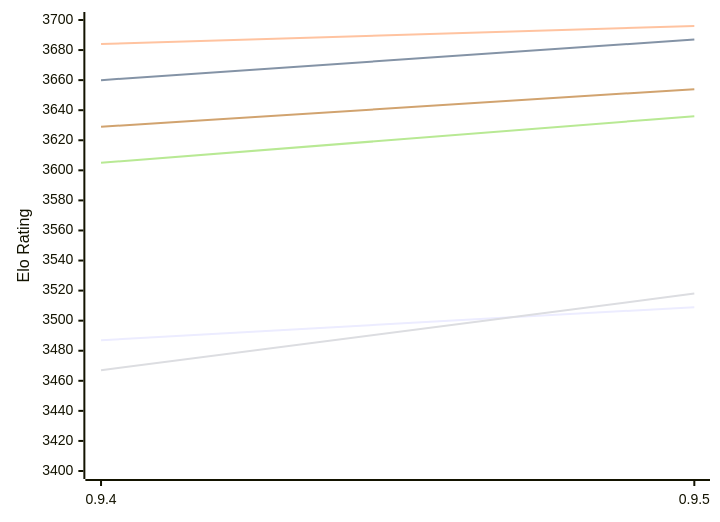
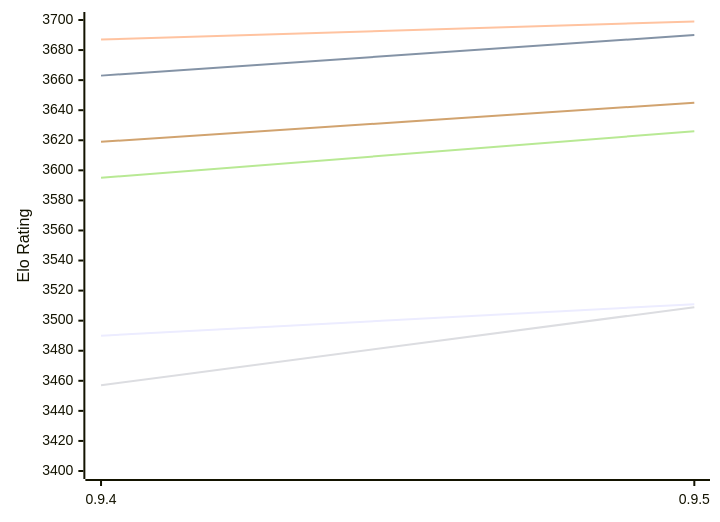
The first of 2 diagrams in engines/Coda.md (computer-chess-index/cci), drawn with Mermaid before and after one commit. The commit also changed other lines of this file, not shown here.

Commit message:
Update CCI Ratings (ELO VLTC) - 2026-11-15

````diff
--- a/engines/Coda.md
+++ b/engines/Coda.md
@@ -52,12 +52,12 @@
 ```mermaid
 %%{init: {"theme":"base","themeVariables":{"seriesColors:['#a3a3a3','#222221','#faa371']}}}%%
 xychart-beta
   x-axis ["0.9.4", "0.9.5"]
   y-axis "Elo Rating" 3400 --> 3700
-  line "E1: STC (8.0+0.08s)" [3487, 3509]
-  line "E1: LTC (60.0+0.60s)" [3660, 3687]
-  line "E1: VLTC (2m24s+1.12s)" [3684, 3696]
-  line "P1: STC (8.0+0.08s)" [3467, 3518]
-  line "P1: LTC (60.0+0.60s)" [3605, 3636]
-  line "P1: VLTC (2m24s+1.12s)" [3629, 3654]
+  line "E1: STC (8.0+0.08s)" [3490, 3511]
+  line "E1: LTC (60.0+0.60s)" [3663, 3690]
+  line "E1: VLTC (2m24s+1.12s)" [3687, 3699]
+  line "P1: STC (8.0+0.08s)" [3457, 3509]
+  line "P1: LTC (60.0+0.60s)" [3595, 3626]
+  line "P1: VLTC (2m24s+1.12s)" [3619, 3645]
 ```
````
